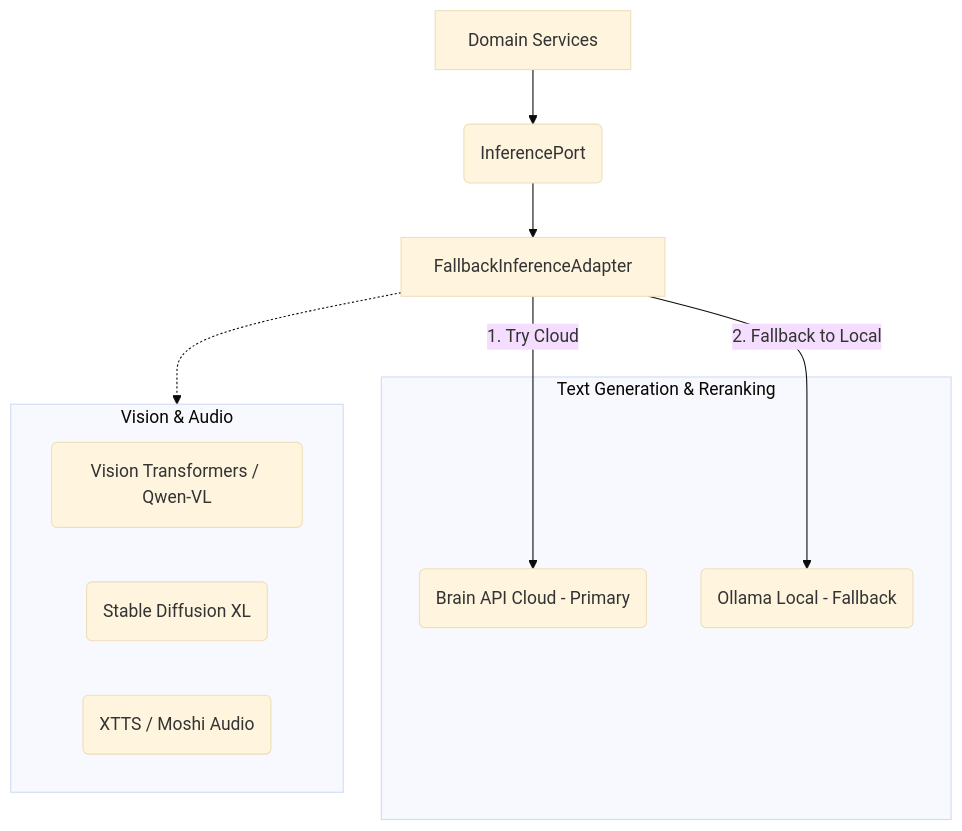
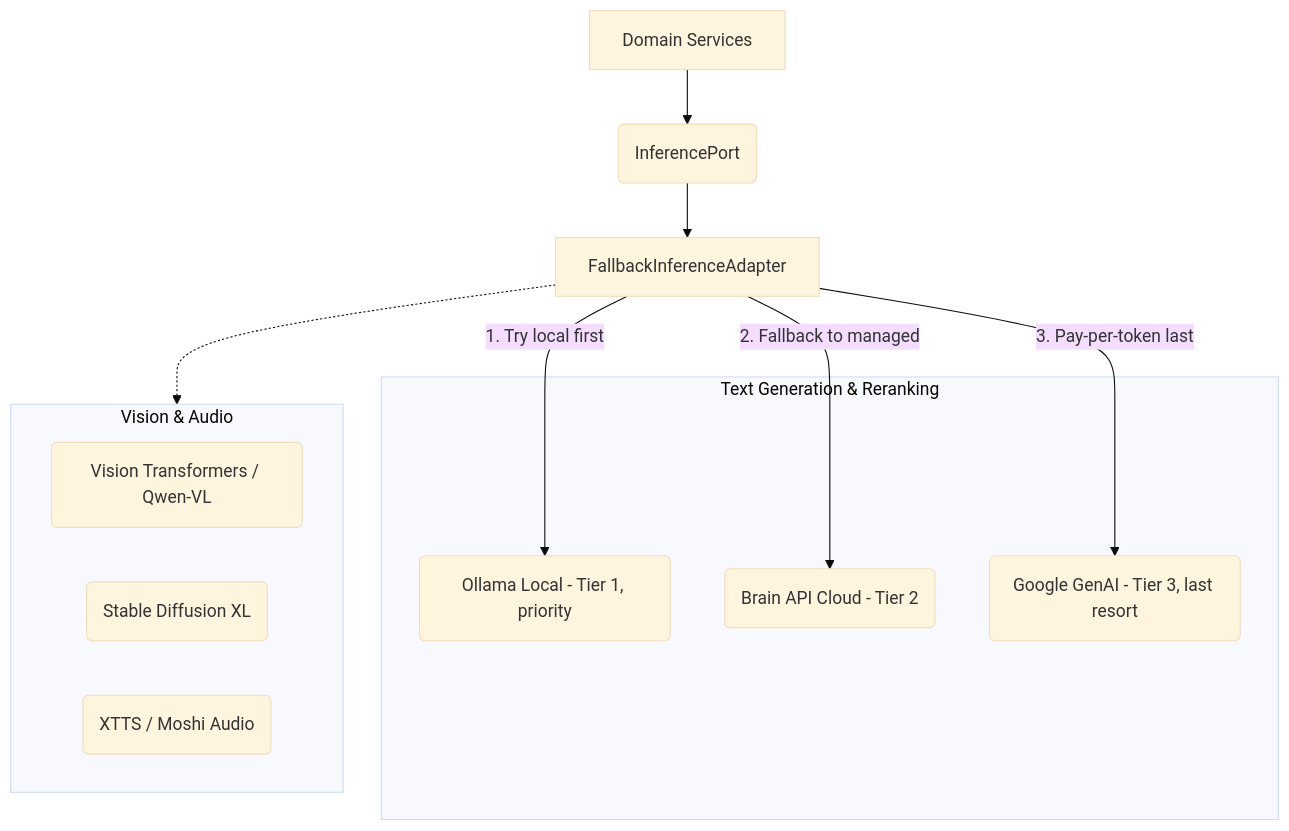
Before and after one commit to MissawB/Animetix: the third of 5 diagrams in docs/DIAGRAMMES.md, drawn with Mermaid (base theme). The commit also changed other lines of this file and 6 other files, not shown here.

````diff
--- a/docs/DIAGRAMMES.md
+++ b/docs/DIAGRAMMES.md
@@ -107,21 +107,23 @@
 ```mermaid
 graph TD
     App[Domain Services] --> Port(InferencePort)
     Port --> Fallback[FallbackInferenceAdapter]
     
     subgraph Text_Moteurs [Text Generation & Reranking]
-        BrainAPI(Brain API Cloud - Primary)
-        Ollama(Ollama Local - Fallback)
+        Ollama(Ollama Local - Tier 1, priority)
+        BrainAPI(Brain API Cloud - Tier 2)
+        Gemini(Google GenAI - Tier 3, last resort)
     end
     
     subgraph Multimodal [Vision & Audio]
         Vision(Vision Transformers / Qwen-VL)
         Diffusers(Stable Diffusion XL)
         Audio(XTTS / Moshi Audio)
     end
 
-    Fallback -->|1. Try Cloud| BrainAPI
-    Fallback -->|2. Fallback to Local| Ollama
+    Fallback -->|1. Try local first| Ollama
+    Fallback -->|2. Fallback to managed| BrainAPI
+    Fallback -->|3. Pay-per-token last| Gemini
     
     Fallback -.-> Multimodal
 ```
````
